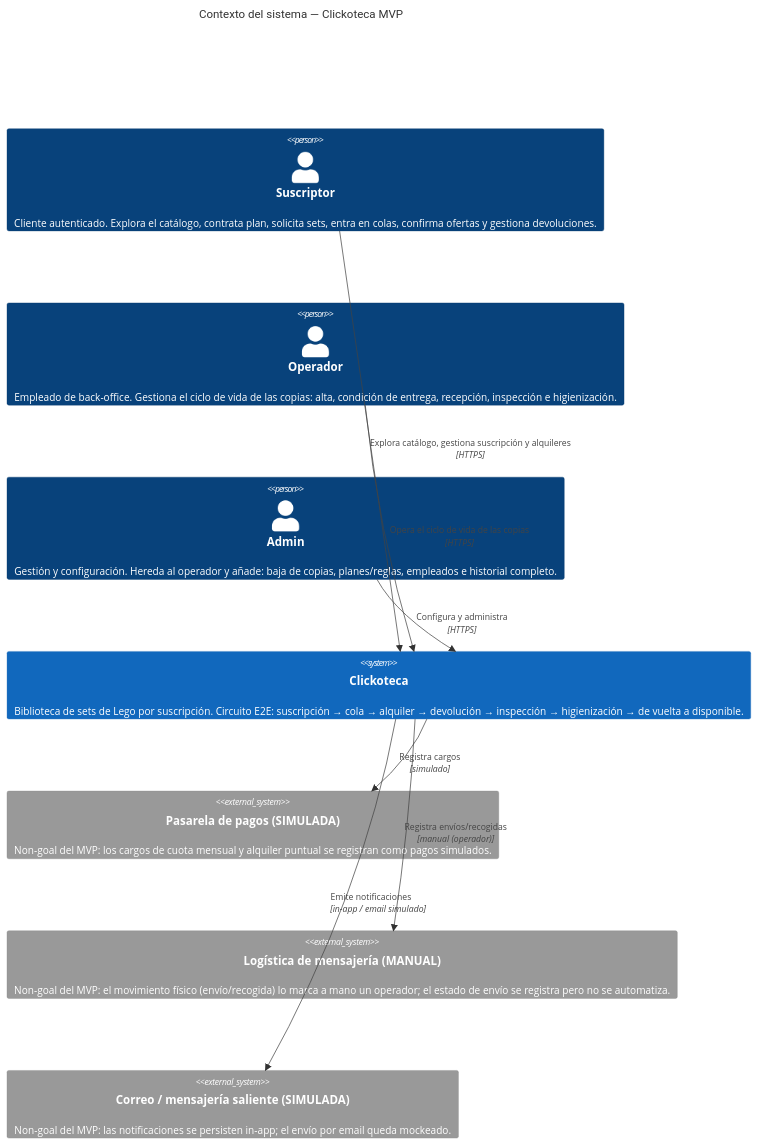
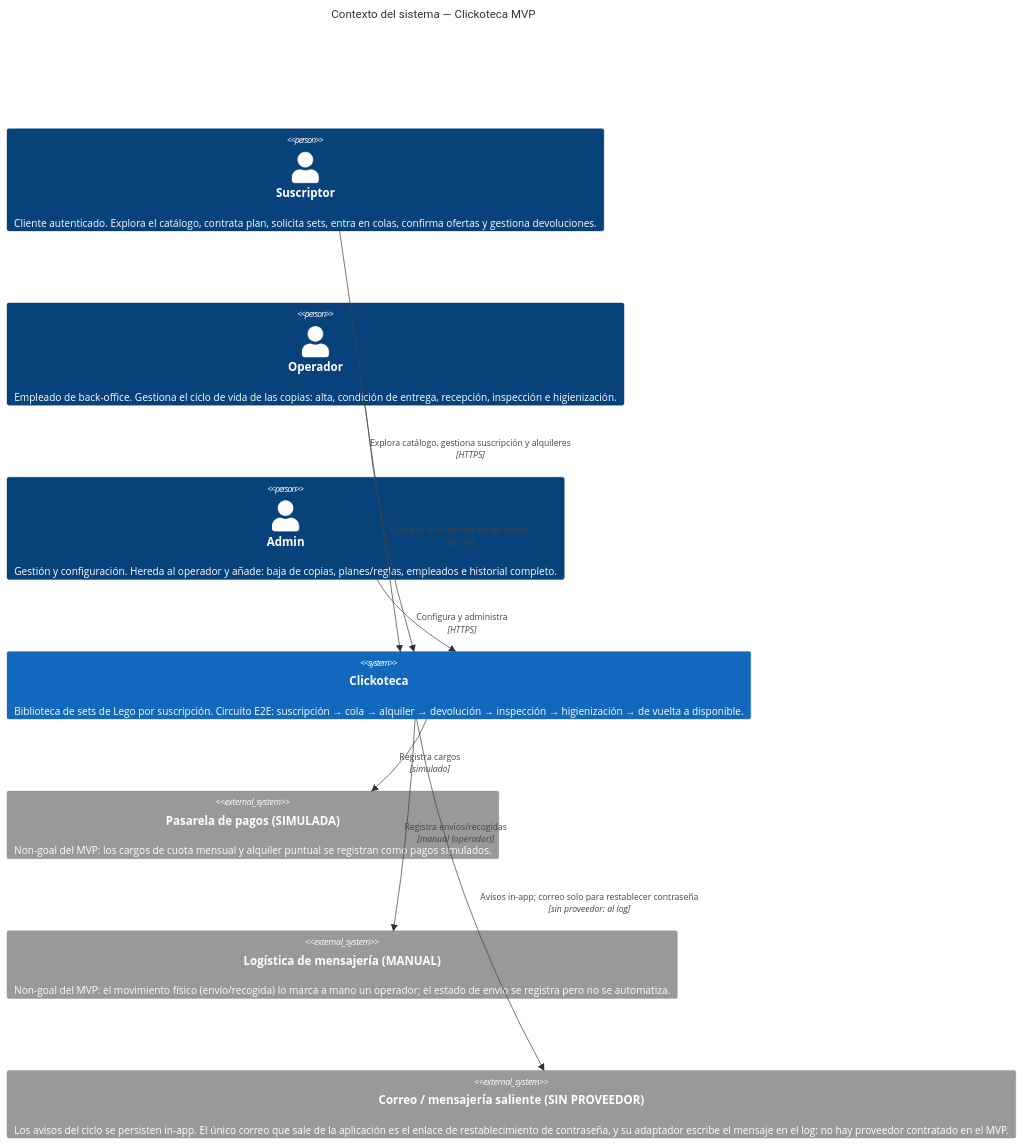
One commit to LIDR-academy/AI4Devs-finalproject changed the first of 3 diagrams in documents/C4-architecture.md. Above: the diagram before and after it, drawn with Mermaid. The commit also changed other lines of this file and 44 other files, not shown here.

````diff
--- a/documents/C4-architecture.md
+++ b/documents/C4-architecture.md
@@ -32,24 +32,24 @@
 ```mermaid
 C4Context
     title Contexto del sistema — Clickoteca MVP
 
     Person(subscriber, "Suscriptor", "Cliente autenticado. Explora el catálogo, contrata plan, solicita sets, entra en colas, confirma ofertas y gestiona devoluciones.")
     Person(operator, "Operador", "Empleado de back-office. Gestiona el ciclo de vida de las copias: alta, condición de entrega, recepción, inspección e higienización.")
     Person(admin, "Admin", "Gestión y configuración. Hereda al operador y añade: baja de copias, planes/reglas, empleados e historial completo.")
 
     System(clickoteca, "Clickoteca", "Biblioteca de sets de Lego por suscripción. Circuito E2E: suscripción → cola → alquiler → devolución → inspección → higienización → de vuelta a disponible.")
 
     System_Ext(payments, "Pasarela de pagos (SIMULADA)", "Non-goal del MVP: los cargos de cuota mensual y alquiler puntual se registran como pagos simulados.")
     System_Ext(logistics, "Logística de mensajería (MANUAL)", "Non-goal del MVP: el movimiento físico (envío/recogida) lo marca a mano un operador; el estado de envío se registra pero no se automatiza.")
-    System_Ext(email, "Correo / mensajería saliente (SIMULADA)", "Non-goal del MVP: las notificaciones se persisten in-app; el envío por email queda mockeado.")
+    System_Ext(email, "Correo / mensajería saliente (SIN PROVEEDOR)", "Los avisos del ciclo se persisten in-app. El único correo que sale de la aplicación es el enlace de restablecimiento de contraseña, y su adaptador escribe el mensaje en el log: no hay proveedor contratado en el MVP.")
 
     Rel(subscriber, clickoteca, "Explora catálogo, gestiona suscripción y alquileres", "HTTPS")
     Rel(operator, clickoteca, "Opera el ciclo de vida de las copias", "HTTPS")
     Rel(admin, clickoteca, "Configura y administra", "HTTPS")
 
     Rel(clickoteca, payments, "Registra cargos", "simulado")
     Rel(clickoteca, logistics, "Registra envíos/recogidas", "manual (operador)")
-    Rel(clickoteca, email, "Emite notificaciones", "in-app / email simulado")
+    Rel(clickoteca, email, "Avisos in-app; correo solo para restablecer contraseña", "sin proveedor: al log")
 
     UpdateLayoutConfig($c4ShapeInRow="3", $c4BoundaryInRow="1")
 ```
````
